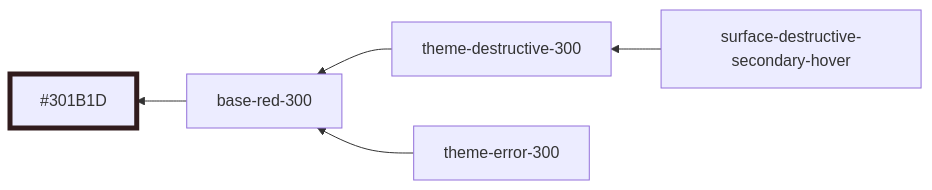
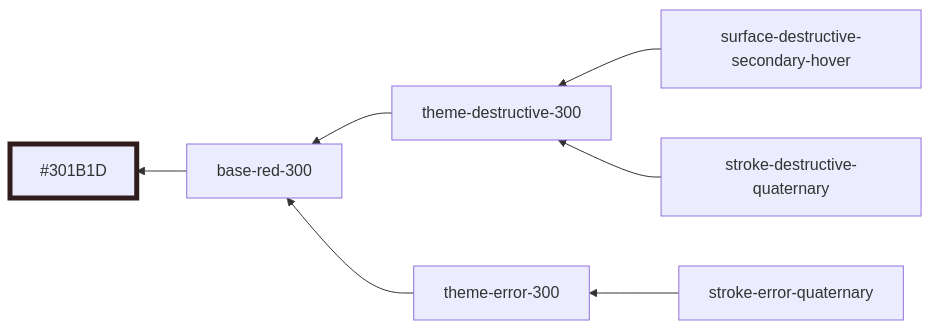
Diagram 19 of 51 in styles/dist/blue.md (oxidecomputer/design-system), drawn with Mermaid before and after one commit. The commit also changed other lines of this file and 8 other files, not shown here.

````diff
--- a/styles/dist/blue.md
+++ b/styles/dist/blue.md
@@ -212,9 +214,11 @@
 ```mermaid
 graph RL
   base-red-300 --> #301B1D:::base-red-300
   surface-destructive-secondary-hover --> theme-destructive-300
+  stroke-destructive-quaternary --> theme-destructive-300
+  stroke-error-quaternary --> theme-error-300
   theme-destructive-300 --> base-red-300
   theme-error-300 --> base-red-300
 
 	classDef base-red-300 stroke-width:5,stroke:#301B1D
 ```
````
